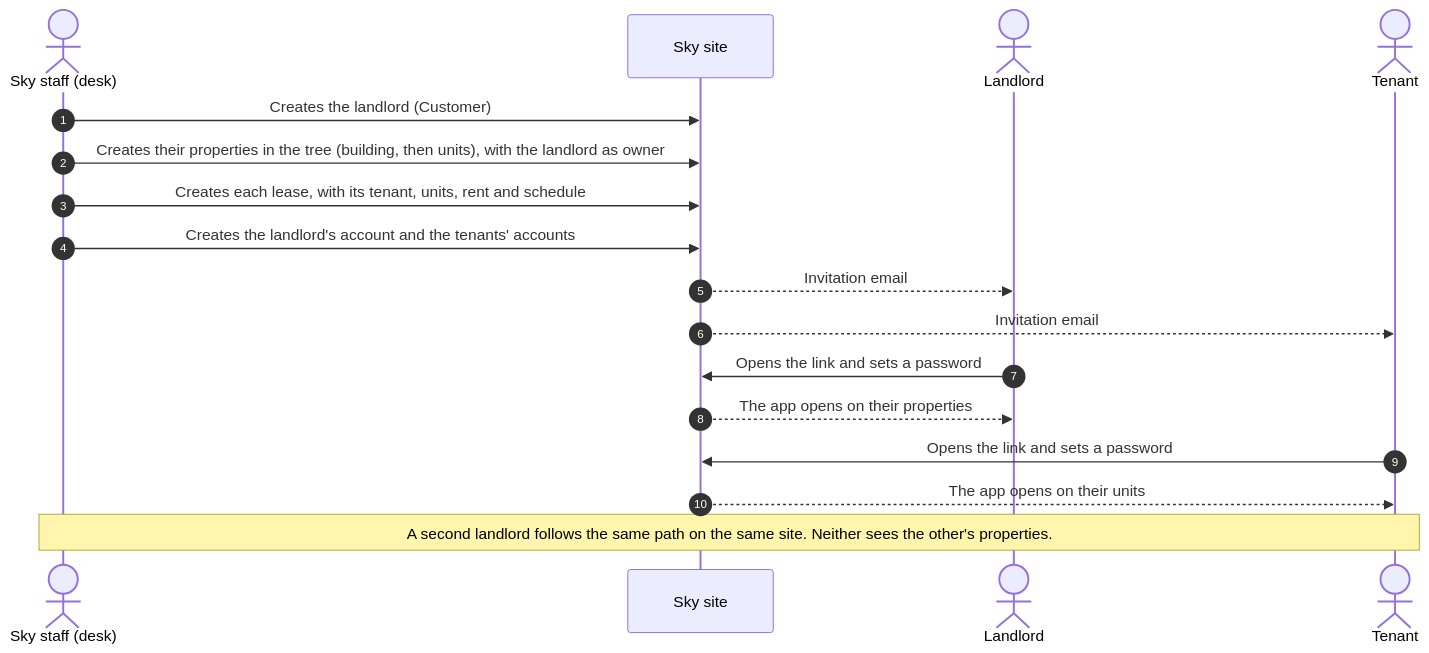
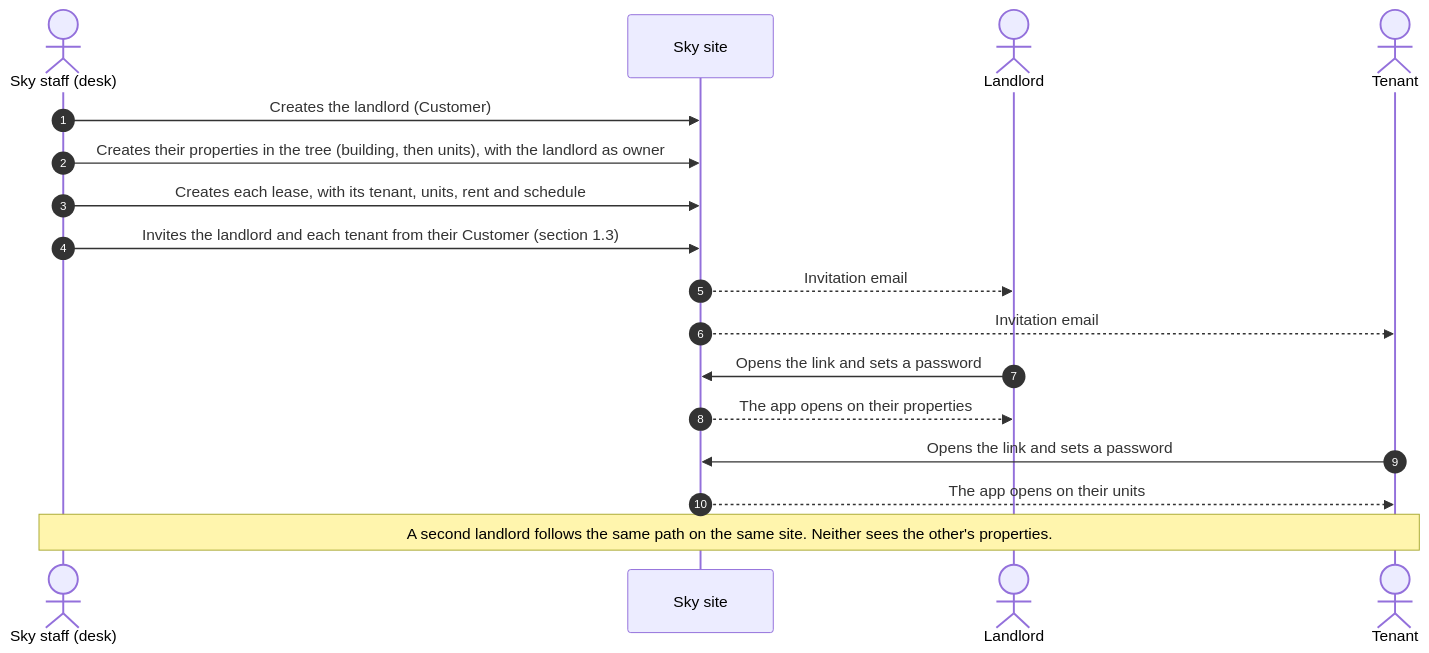
One commit to skyengpro/skyeng_immo changed the first of 7 diagrams in doc/app-usage-flows-immo.md. Above: the diagram before and after it, drawn with Mermaid. The commit also changed other lines of this file and 12 other files, not shown here.

````diff
--- a/doc/app-usage-flows-immo.md
+++ b/doc/app-usage-flows-immo.md
@@ -29,20 +31,20 @@
 ```mermaid
 sequenceDiagram
     autonumber
     actor S as Sky staff (desk)
     participant D as Sky site
     actor B as Landlord
     actor L as Tenant
 
     S->>D: Creates the landlord (Customer)
     S->>D: Creates their properties in the tree (building, then units), with the landlord as owner
     S->>D: Creates each lease, with its tenant, units, rent and schedule
-    S->>D: Creates the landlord's account and the tenants' accounts
+    S->>D: Invites the landlord and each tenant from their Customer (section 1.3)
     D-->>B: Invitation email
     D-->>L: Invitation email
     B->>D: Opens the link and sets a password
     D-->>B: The app opens on their properties
     L->>D: Opens the link and sets a password
     D-->>L: The app opens on their units
     Note over S,L: A second landlord follows the same path on the same site. Neither sees the other's properties.
 ```
````
